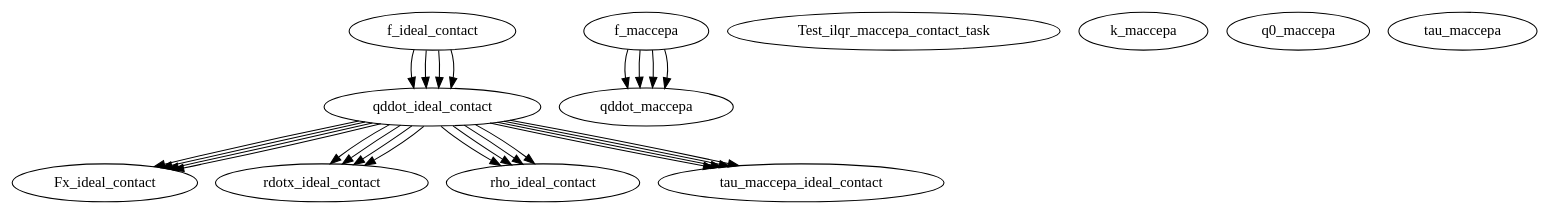
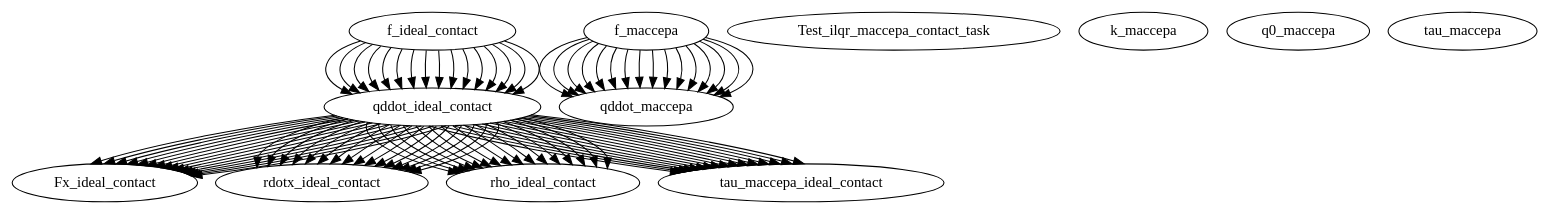
The diagram in doc/m2html/maccepa/m-files/graph.dot (FrankieWOO/smt), drawn with Graphviz before and after one commit. The commit also changed 76 other files, not shown here.

```diff
--- a/doc/m2html/maccepa/m-files/graph.dot
+++ b/doc/m2html/maccepa/m-files/graph.dot
@@ -1,52 +1,148 @@
 /* Created by mdot for Matlab */
 digraph m2html {
+  f_ideal_contact -> qddot_ideal_contact;
+  f_ideal_contact -> qddot_ideal_contact;
+  f_ideal_contact -> qddot_ideal_contact;
+  f_ideal_contact -> qddot_ideal_contact;
+  f_ideal_contact -> qddot_ideal_contact;
+  f_ideal_contact -> qddot_ideal_contact;
+  f_ideal_contact -> qddot_ideal_contact;
+  f_ideal_contact -> qddot_ideal_contact;
+  f_ideal_contact -> qddot_ideal_contact;
+  f_ideal_contact -> qddot_ideal_contact;
+  f_ideal_contact -> qddot_ideal_contact;
+  f_ideal_contact -> qddot_ideal_contact;
   f_ideal_contact -> qddot_ideal_contact;
   f_ideal_contact -> qddot_ideal_contact;
   f_ideal_contact -> qddot_ideal_contact;
   f_ideal_contact -> qddot_ideal_contact;
   f_maccepa -> qddot_maccepa;
   f_maccepa -> qddot_maccepa;
   f_maccepa -> qddot_maccepa;
   f_maccepa -> qddot_maccepa;
+  f_maccepa -> qddot_maccepa;
+  f_maccepa -> qddot_maccepa;
+  f_maccepa -> qddot_maccepa;
+  f_maccepa -> qddot_maccepa;
+  f_maccepa -> qddot_maccepa;
+  f_maccepa -> qddot_maccepa;
+  f_maccepa -> qddot_maccepa;
+  f_maccepa -> qddot_maccepa;
+  f_maccepa -> qddot_maccepa;
+  f_maccepa -> qddot_maccepa;
+  f_maccepa -> qddot_maccepa;
+  f_maccepa -> qddot_maccepa;
+  qddot_ideal_contact -> Fx_ideal_contact;
+  qddot_ideal_contact -> Fx_ideal_contact;
   qddot_ideal_contact -> Fx_ideal_contact;
   qddot_ideal_contact -> Fx_ideal_contact;
   qddot_ideal_contact -> rdotx_ideal_contact;
   qddot_ideal_contact -> rdotx_ideal_contact;
+  qddot_ideal_contact -> rdotx_ideal_contact;
+  qddot_ideal_contact -> rdotx_ideal_contact;
+  qddot_ideal_contact -> rho_ideal_contact;
+  qddot_ideal_contact -> rho_ideal_contact;
   qddot_ideal_contact -> rho_ideal_contact;
   qddot_ideal_contact -> rho_ideal_contact;
   qddot_ideal_contact -> tau_maccepa_ideal_contact;
   qddot_ideal_contact -> tau_maccepa_ideal_contact;
+  qddot_ideal_contact -> tau_maccepa_ideal_contact;
+  qddot_ideal_contact -> tau_maccepa_ideal_contact;
+  qddot_ideal_contact -> Fx_ideal_contact;
+  qddot_ideal_contact -> Fx_ideal_contact;
   qddot_ideal_contact -> Fx_ideal_contact;
   qddot_ideal_contact -> Fx_ideal_contact;
   qddot_ideal_contact -> rdotx_ideal_contact;
   qddot_ideal_contact -> rdotx_ideal_contact;
+  qddot_ideal_contact -> rdotx_ideal_contact;
+  qddot_ideal_contact -> rdotx_ideal_contact;
   qddot_ideal_contact -> rho_ideal_contact;
   qddot_ideal_contact -> rho_ideal_contact;
+  qddot_ideal_contact -> rho_ideal_contact;
+  qddot_ideal_contact -> rho_ideal_contact;
+  qddot_ideal_contact -> tau_maccepa_ideal_contact;
+  qddot_ideal_contact -> tau_maccepa_ideal_contact;
+  qddot_ideal_contact -> tau_maccepa_ideal_contact;
+  qddot_ideal_contact -> tau_maccepa_ideal_contact;
+  qddot_ideal_contact -> Fx_ideal_contact;
+  qddot_ideal_contact -> Fx_ideal_contact;
+  qddot_ideal_contact -> Fx_ideal_contact;
+  qddot_ideal_contact -> Fx_ideal_contact;
+  qddot_ideal_contact -> rdotx_ideal_contact;
+  qddot_ideal_contact -> rdotx_ideal_contact;
+  qddot_ideal_contact -> rdotx_ideal_contact;
+  qddot_ideal_contact -> rdotx_ideal_contact;
+  qddot_ideal_contact -> rho_ideal_contact;
+  qddot_ideal_contact -> rho_ideal_contact;
+  qddot_ideal_contact -> rho_ideal_contact;
+  qddot_ideal_contact -> rho_ideal_contact;
+  qddot_ideal_contact -> tau_maccepa_ideal_contact;
+  qddot_ideal_contact -> tau_maccepa_ideal_contact;
+  qddot_ideal_contact -> tau_maccepa_ideal_contact;
+  qddot_ideal_contact -> tau_maccepa_ideal_contact;
+  qddot_ideal_contact -> Fx_ideal_contact;
+  qddot_ideal_contact -> Fx_ideal_contact;
+  qddot_ideal_contact -> Fx_ideal_contact;
+  qddot_ideal_contact -> Fx_ideal_contact;
+  qddot_ideal_contact -> rdotx_ideal_contact;
+  qddot_ideal_contact -> rdotx_ideal_contact;
+  qddot_ideal_contact -> rdotx_ideal_contact;
+  qddot_ideal_contact -> rdotx_ideal_contact;
+  qddot_ideal_contact -> rho_ideal_contact;
+  qddot_ideal_contact -> rho_ideal_contact;
+  qddot_ideal_contact -> rho_ideal_contact;
+  qddot_ideal_contact -> rho_ideal_contact;
+  qddot_ideal_contact -> tau_maccepa_ideal_contact;
+  qddot_ideal_contact -> tau_maccepa_ideal_contact;
   qddot_ideal_contact -> tau_maccepa_ideal_contact;
   qddot_ideal_contact -> tau_maccepa_ideal_contact;
 
   Fx_ideal_contact [URL="Fx_ideal_contact.html"];
   Fx_ideal_contact [URL="Fx_ideal_contact.html"];
+  Fx_ideal_contact [URL="Fx_ideal_contact.html"];
+  Fx_ideal_contact [URL="Fx_ideal_contact.html"];
+  Test_ilqr_maccepa_contact_task [URL="Test_ilqr_maccepa_contact_task.html"];
+  Test_ilqr_maccepa_contact_task [URL="Test_ilqr_maccepa_contact_task.html"];
   Test_ilqr_maccepa_contact_task [URL="Test_ilqr_maccepa_contact_task.html"];
   Test_ilqr_maccepa_contact_task [URL="Test_ilqr_maccepa_contact_task.html"];
   f_ideal_contact [URL="f_ideal_contact.html"];
   f_ideal_contact [URL="f_ideal_contact.html"];
+  f_ideal_contact [URL="f_ideal_contact.html"];
+  f_ideal_contact [URL="f_ideal_contact.html"];
+  f_maccepa [URL="f_maccepa.html"];
+  f_maccepa [URL="f_maccepa.html"];
   f_maccepa [URL="f_maccepa.html"];
   f_maccepa [URL="f_maccepa.html"];
   k_maccepa [URL="k_maccepa.html"];
   k_maccepa [URL="k_maccepa.html"];
+  k_maccepa [URL="k_maccepa.html"];
+  k_maccepa [URL="k_maccepa.html"];
+  q0_maccepa [URL="q0_maccepa.html"];
+  q0_maccepa [URL="q0_maccepa.html"];
   q0_maccepa [URL="q0_maccepa.html"];
   q0_maccepa [URL="q0_maccepa.html"];
   qddot_ideal_contact [URL="qddot_ideal_contact.html"];
   qddot_ideal_contact [URL="qddot_ideal_contact.html"];
+  qddot_ideal_contact [URL="qddot_ideal_contact.html"];
+  qddot_ideal_contact [URL="qddot_ideal_contact.html"];
+  qddot_maccepa [URL="qddot_maccepa.html"];
+  qddot_maccepa [URL="qddot_maccepa.html"];
   qddot_maccepa [URL="qddot_maccepa.html"];
   qddot_maccepa [URL="qddot_maccepa.html"];
   rdotx_ideal_contact [URL="rdotx_ideal_contact.html"];
   rdotx_ideal_contact [URL="rdotx_ideal_contact.html"];
+  rdotx_ideal_contact [URL="rdotx_ideal_contact.html"];
+  rdotx_ideal_contact [URL="rdotx_ideal_contact.html"];
+  rho_ideal_contact [URL="rho_ideal_contact.html"];
+  rho_ideal_contact [URL="rho_ideal_contact.html"];
   rho_ideal_contact [URL="rho_ideal_contact.html"];
   rho_ideal_contact [URL="rho_ideal_contact.html"];
   tau_maccepa [URL="tau_maccepa.html"];
   tau_maccepa [URL="tau_maccepa.html"];
+  tau_maccepa [URL="tau_maccepa.html"];
+  tau_maccepa [URL="tau_maccepa.html"];
+  tau_maccepa_ideal_contact [URL="tau_maccepa_ideal_contact.html"];
+  tau_maccepa_ideal_contact [URL="tau_maccepa_ideal_contact.html"];
   tau_maccepa_ideal_contact [URL="tau_maccepa_ideal_contact.html"];
   tau_maccepa_ideal_contact [URL="tau_maccepa_ideal_contact.html"];
 }
```
